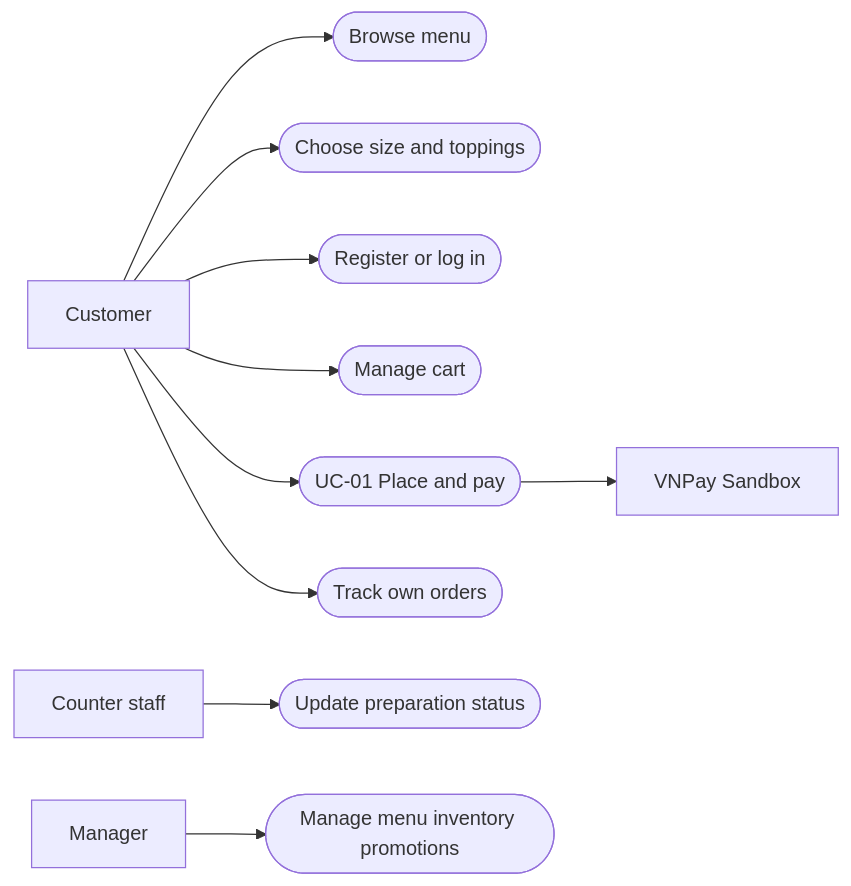
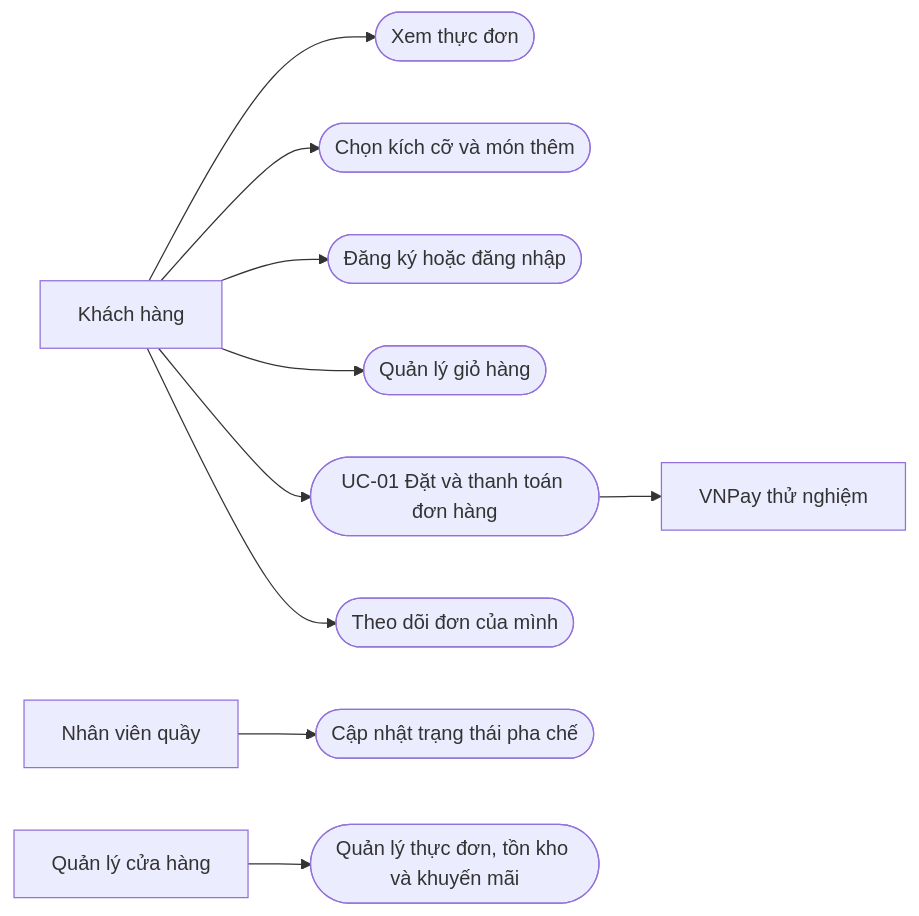
Before and after one commit to chuong4482/2_Assignment: the diagram in docs/diagrams/use-cases.mmd, drawn with Mermaid. The commit also changed 107 other files, not shown here.

```diff
--- a/docs/diagrams/use-cases.mmd
+++ b/docs/diagrams/use-cases.mmd
@@ -1,10 +1,10 @@
 flowchart LR
- C[Customer] --> M([Browse menu])
- C --> O([Choose size and toppings])
- C --> A([Register or log in])
- C --> G([Manage cart])
- C --> P([UC-01 Place and pay])
- C --> H([Track own orders])
- P --> V[VNPay Sandbox]
- S[Counter staff] --> T([Update preparation status])
- R[Manager] --> X([Manage menu inventory promotions])
+ C[Khách hàng] --> M([Xem thực đơn])
+ C --> O([Chọn kích cỡ và món thêm])
+ C --> A([Đăng ký hoặc đăng nhập])
+ C --> G([Quản lý giỏ hàng])
+ C --> P([UC-01 Đặt và thanh toán đơn hàng])
+ C --> H([Theo dõi đơn của mình])
+ P --> V[VNPay thử nghiệm]
+ S[Nhân viên quầy] --> T([Cập nhật trạng thái pha chế])
+ R[Quản lý cửa hàng] --> X([Quản lý thực đơn, tồn kho và khuyến mãi])
```
